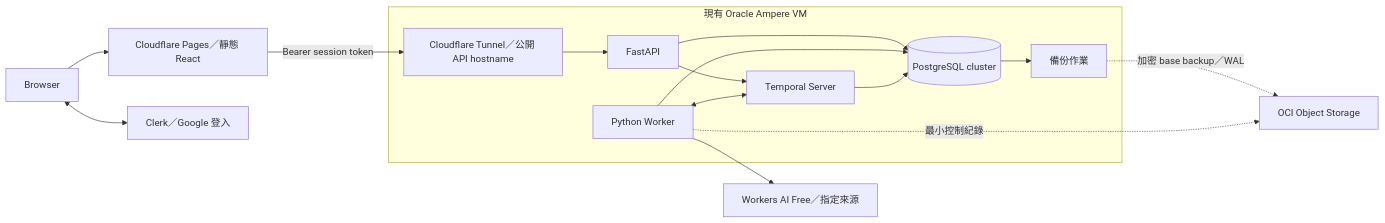
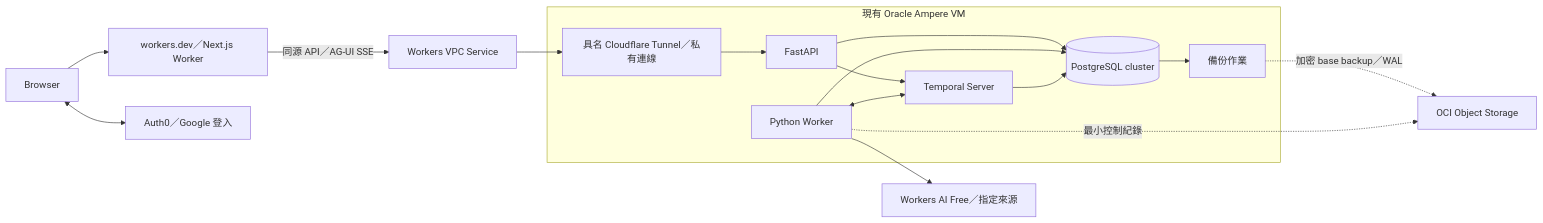
One commit to Will413028/whisky-discovery-agent changed the diagram in ARCHITECTURE.md. Above: the diagram before and after it, drawn with Mermaid. The commit also changed other lines of this file and 3 other files, not shown here.

Commit message:
docs: finalize domain-free deployment architecture

````diff
--- a/ARCHITECTURE.md
+++ b/ARCHITECTURE.md
@@ -76,18 +79,19 @@
 ```mermaid
 flowchart LR
-  B[Browser] --> UI[Cloudflare Pages／靜態 React]
-  B <--> A[Clerk／Google 登入]
-  UI -->|Bearer session token| E[Cloudflare Tunnel／公開 API hostname]
+  B[Browser] --> UI[workers.dev／Next.js Worker]
+  B <--> A[Auth0／Google 登入]
+  UI -->|同源 API／AG-UI SSE| V[Workers VPC Service]
+  V --> E[具名 Cloudflare Tunnel／私有連線]
   subgraph O[現有 Oracle Ampere VM]
     E --> API[FastAPI]
     API --> DB[(PostgreSQL cluster)]
     W[Python Worker] --> DB
     API --> T[Temporal Server]
     W <--> T
     T --> DB
     DB --> BK[備份作業]
   end
   BK -. 加密 base backup／WAL .-> S[OCI Object Storage]
   W --> M[Workers AI Free／指定來源]
   W -. 最小控制紀錄 .-> S
 ```
````
